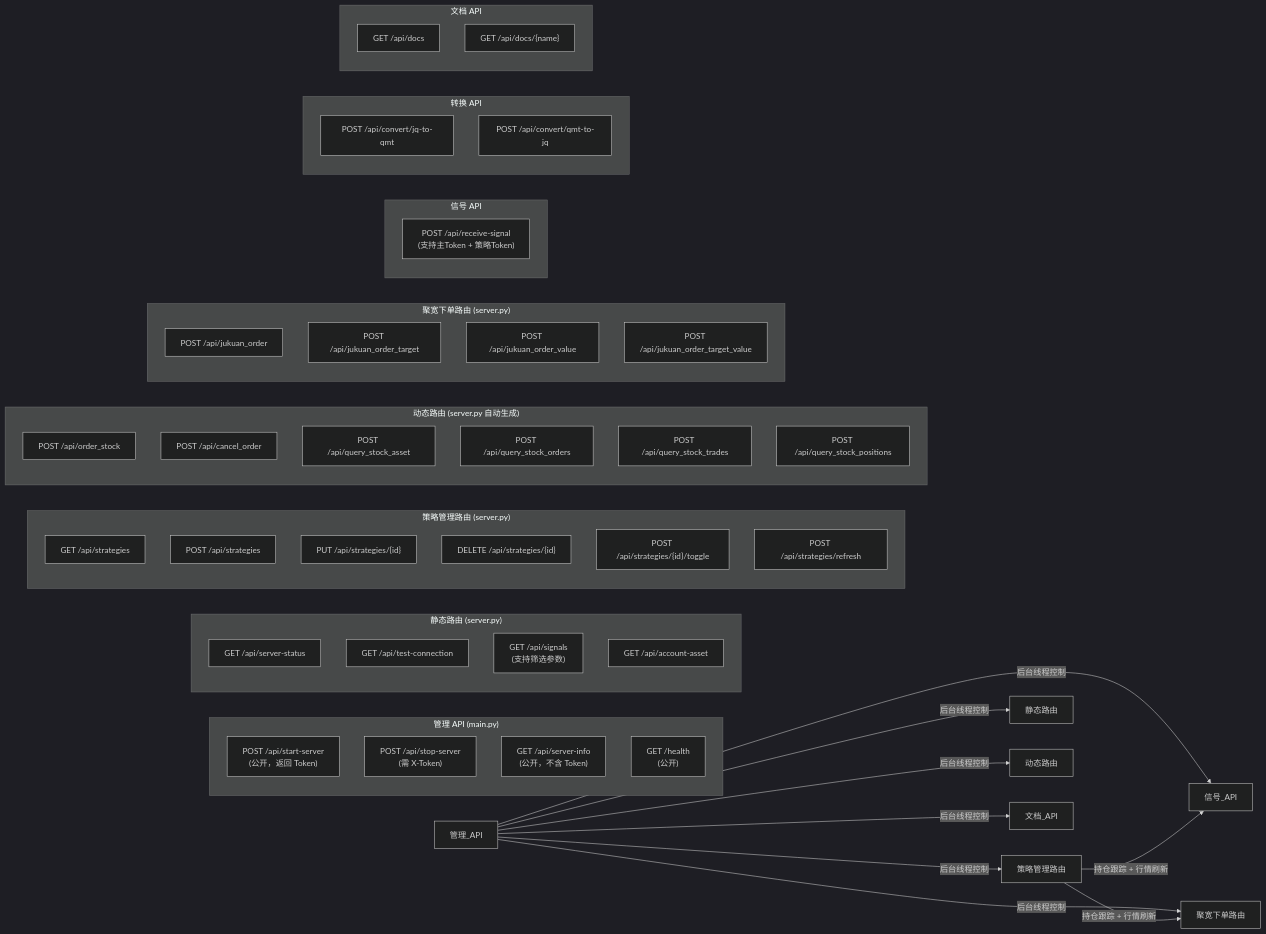
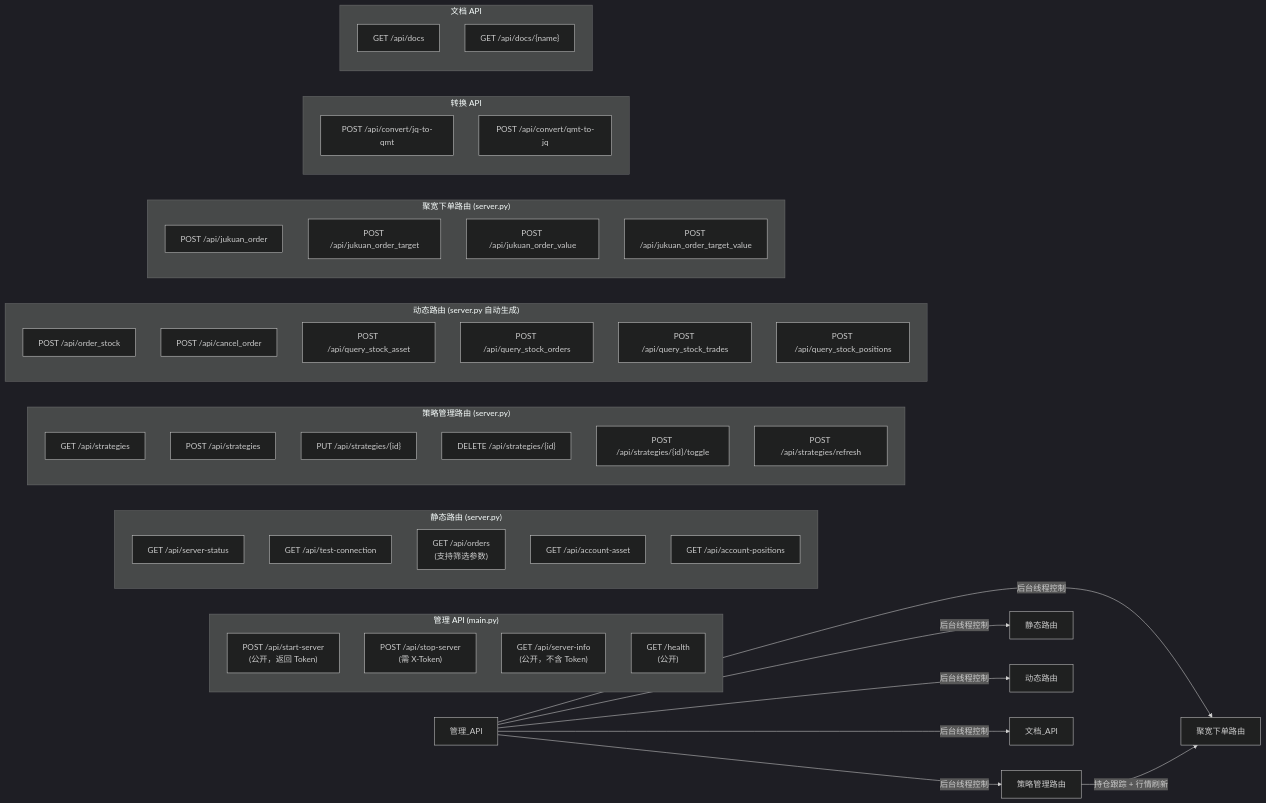
The fifth of 5 diagrams in product-doc/IMPLEMENTATION_PLAN.md (Dada-liu/QMT-Live-Assistant), drawn with Mermaid (dark theme) before and after one commit. The commit also changed other lines of this file and 12 other files, not shown here.

````diff
--- a/product-doc/IMPLEMENTATION_PLAN.md
+++ b/product-doc/IMPLEMENTATION_PLAN.md
@@ -293,64 +289,59 @@
 ```mermaid
 graph LR
     subgraph "管理 API (main.py)"
         START["POST /api/start-server<br/>(公开，返回 Token)"]
         STOP["POST /api/stop-server<br/>(需 X-Token)"]
         INFO["GET /api/server-info<br/>(公开，不含 Token)"]
         HEALTH["GET /health<br/>(公开)"]
     end
 
     subgraph "静态路由 (server.py)"
         STATUS["GET /api/server-status"]
         CONN["GET /api/test-connection"]
-        SIGNALS["GET /api/signals<br/>(支持筛选参数)"]
+        ORDERS["GET /api/orders<br/>(支持筛选参数)"]
         ASSET["GET /api/account-asset"]
+        POS["GET /api/account-positions"]
     end
 
     subgraph "策略管理路由 (server.py)"
         S_LIST["GET /api/strategies"]
         S_CREATE["POST /api/strategies"]
         S_UPDATE["PUT /api/strategies/{id}"]
         S_DELETE["DELETE /api/strategies/{id}"]
         S_TOGGLE["POST /api/strategies/{id}/toggle"]
         S_REFRESH["POST /api/strategies/refresh"]
     end
 
     subgraph "动态路由 (server.py 自动生成)"
         D1["POST /api/order_stock"]
         D2["POST /api/cancel_order"]
         D3["POST /api/query_stock_asset"]
         D4["POST /api/query_stock_orders"]
         D5["POST /api/query_stock_trades"]
         D6["POST /api/query_stock_positions"]
     end
 
     subgraph "聚宽下单路由 (server.py)"
         JK1["POST /api/jukuan_order"]
         JK2["POST /api/jukuan_order_target"]
         JK3["POST /api/jukuan_order_value"]
         JK4["POST /api/jukuan_order_target_value"]
     end
 
-    subgraph "信号 API"
-        RECV["POST /api/receive-signal<br/>(支持主Token + 策略Token)"]
-    end
-
     subgraph "转换 API"
         JQ["POST /api/convert/jq-to-qmt"]
         QJ["POST /api/convert/qmt-to-jq"]
     end
 
     subgraph "文档 API"
         DOC_LIST["GET /api/docs"]
         DOC_GET["GET /api/docs/{name}"]
     end
 
     管理_API -->|"后台线程控制"| 策略管理路由
     管理_API -->|"后台线程控制"| 静态路由
     管理_API -->|"后台线程控制"| 动态路由
-    管理_API -->|"后台线程控制"| 信号_API
     管理_API -->|"后台线程控制"| 聚宽下单路由
     管理_API -->|"后台线程控制"| 文档_API
-    策略管理路由 -->|"持仓跟踪 + 行情刷新"| 信号_API
     策略管理路由 -->|"持仓跟踪 + 行情刷新"| 聚宽下单路由
 ```
````
